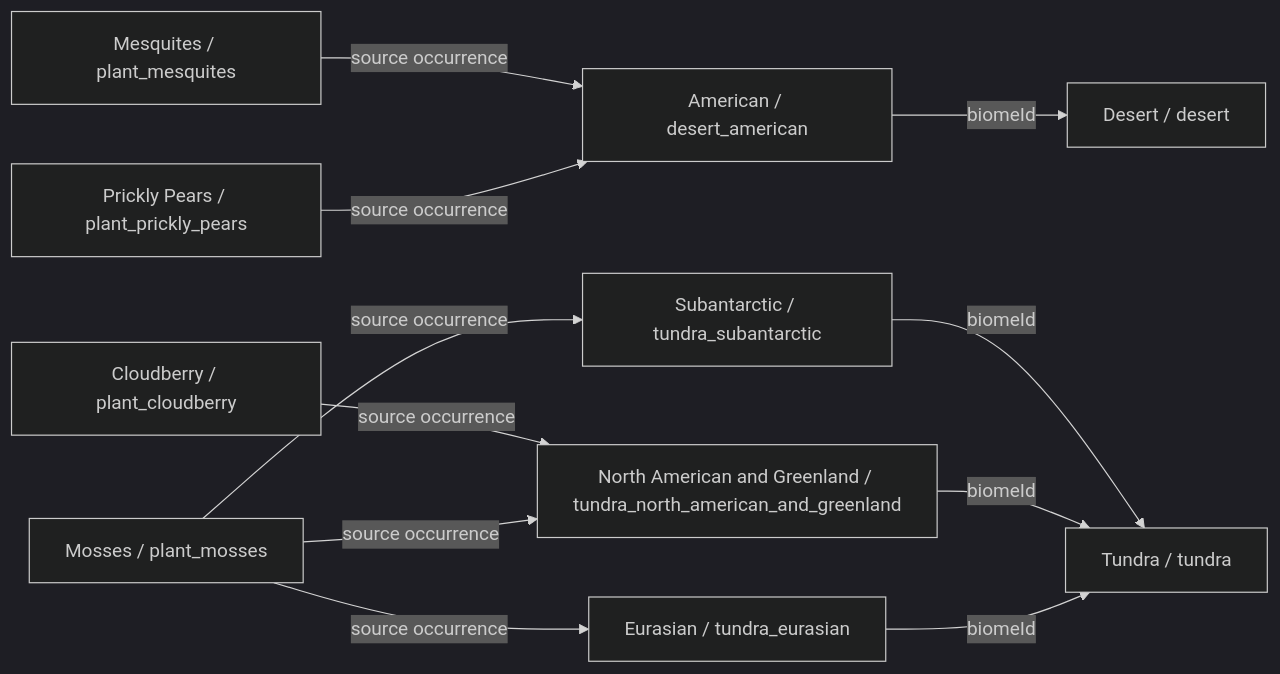
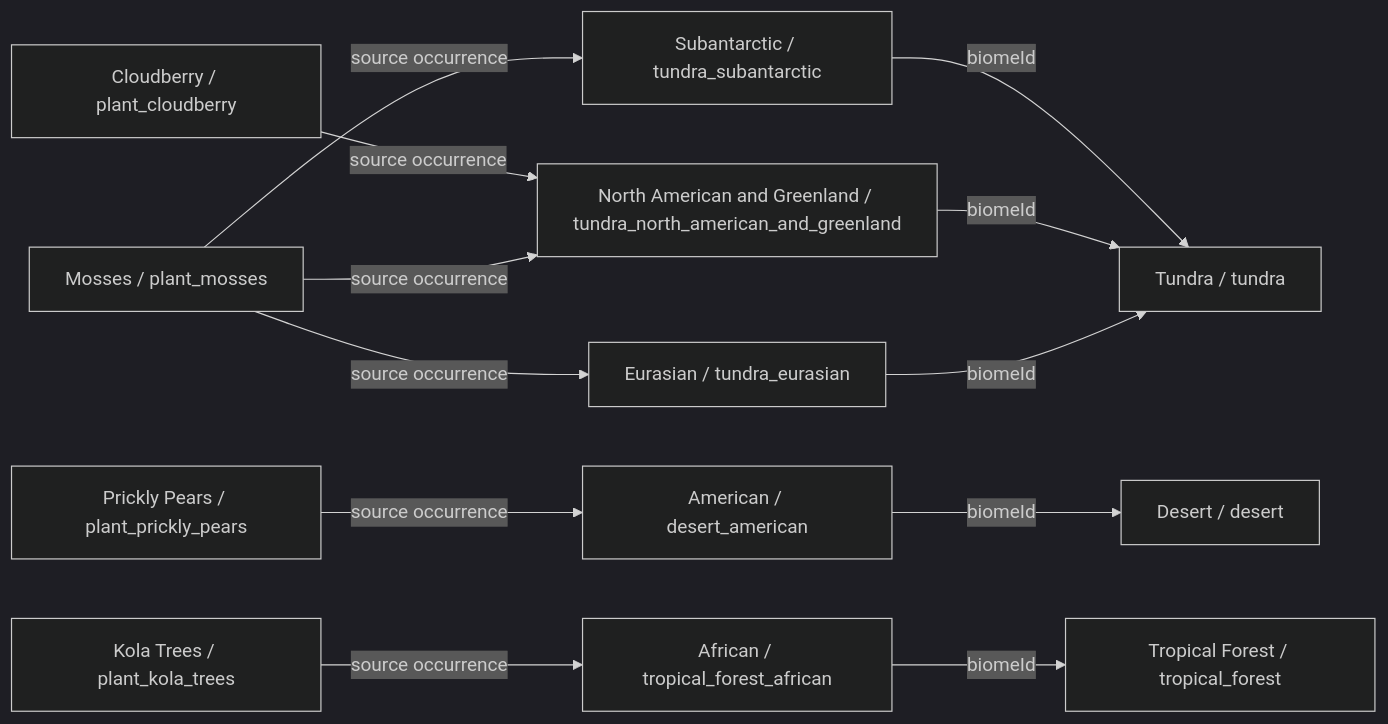
Diagram 15 of 34 in data/plants/DIAGRAMS.md (fgabo404/EvolveDoc), drawn with Mermaid (dark theme) before and after one commit. The commit also changed other lines of this file and 59 other files, not shown here.

````diff
--- a/data/plants/DIAGRAMS.md
+++ b/data/plants/DIAGRAMS.md
@@ -598,23 +544,26 @@
 ```mermaid
 flowchart LR
-    c0["Mesquites / plant_mesquites"]
+    c0["Cloudberry / plant_cloudberry"]
+    v8["North American and Greenland / tundra_north_american_and_greenland"]
+    b2["Tundra / tundra"]
+    c1["Mosses / plant_mosses"]
+    v9["Eurasian / tundra_eurasian"]
+    v10["Subantarctic / tundra_subantarctic"]
+    c2["Prickly Pears / plant_prickly_pears"]
     v15["American / desert_american"]
     b4["Desert / desert"]
-    c1["Cloudberry / plant_cloudberry"]
-    v8["North American and Greenland / tundra_north_american_and_greenland"]
-    b2["Tundra / tundra"]
-    c2["Mosses / plant_mosses"]
-    v9["Eurasian / tundra_eurasian"]
-    v10["Subantarctic / tundra_subantarctic"]
-    c3["Prickly Pears / plant_prickly_pears"]
-    c0 -->|source occurrence| v15
+    c3["Kola Trees / plant_kola_trees"]
+    v1["African / tropical_forest_african"]
+    b0["Tropical Forest / tropical_forest"]
+    c0 -->|source occurrence| v8
+    c1 -->|source occurrence| v10
     c1 -->|source occurrence| v8
-    c2 -->|source occurrence| v10
-    c2 -->|source occurrence| v8
-    c2 -->|source occurrence| v9
-    c3 -->|source occurrence| v15
+    c1 -->|source occurrence| v9
+    c2 -->|source occurrence| v15
+    c3 -->|source occurrence| v1
+    v1 -->|biomeId| b0
     v10 -->|biomeId| b2
     v15 -->|biomeId| b4
     v8 -->|biomeId| b2
     v9 -->|biomeId| b2
 ```
````
